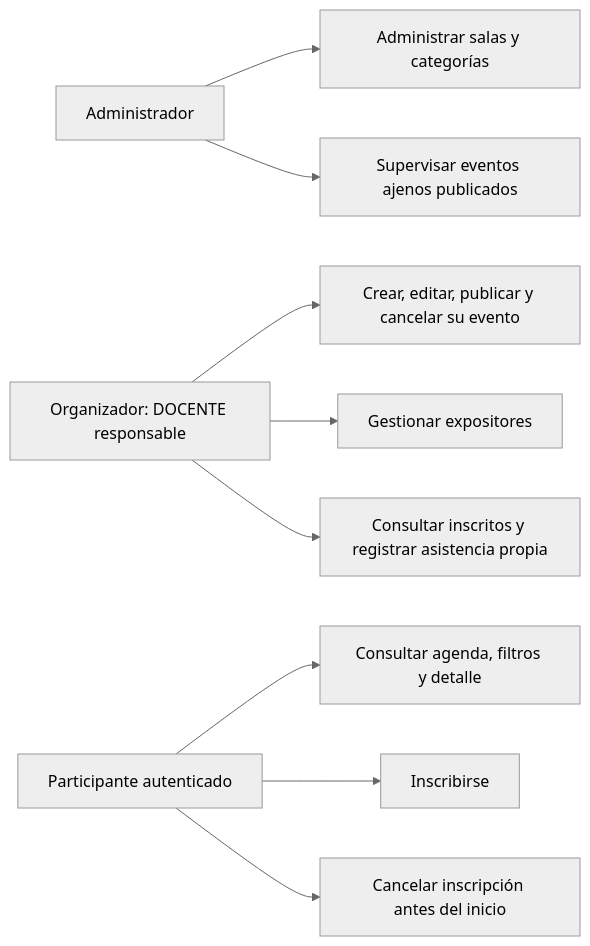
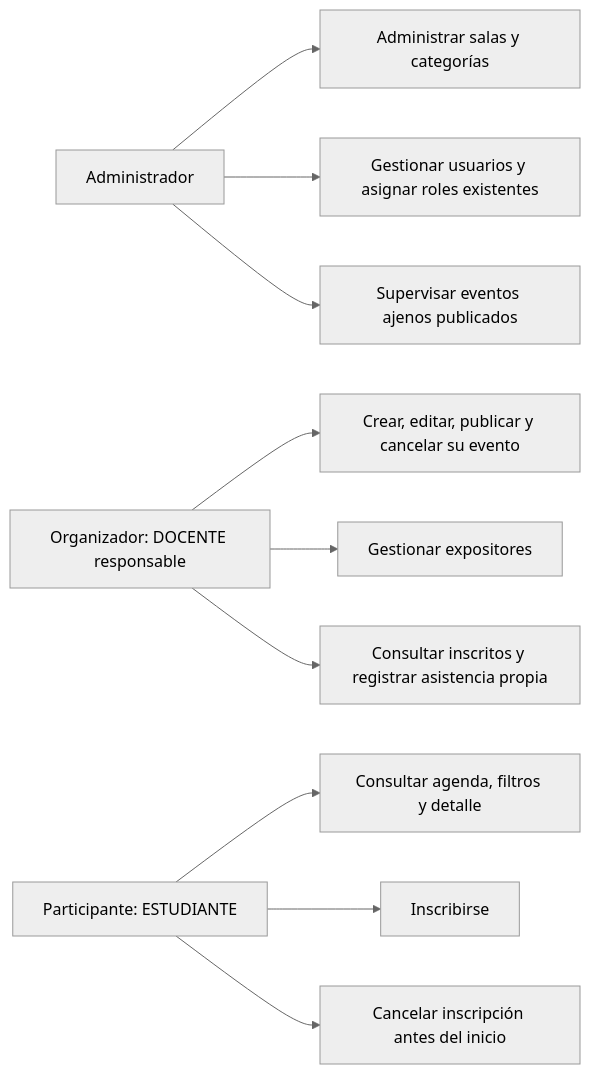
The first of 6 diagrams in docs/entrega/diagramas.md (IS-LAB-EIC-UCN/sigu_ucn), drawn with Mermaid (neutral theme) before and after one commit. The commit also changed 28 other files, not shown here.

````diff
--- a/docs/entrega/diagramas.md
+++ b/docs/entrega/diagramas.md
@@ -7,11 +7,12 @@
 ```mermaid
 flowchart LR
     A[Administrador] --> S[Administrar salas y categorías]
+    A --> U[Gestionar usuarios y asignar roles existentes]
     A --> V[Supervisar eventos ajenos publicados]
     O[Organizador: DOCENTE responsable] --> E[Crear, editar, publicar y cancelar su evento]
     O --> X[Gestionar expositores]
     O --> R[Consultar inscritos y registrar asistencia propia]
-    P[Participante autenticado] --> C[Consultar agenda, filtros y detalle]
+    P[Participante: ESTUDIANTE] --> C[Consultar agenda, filtros y detalle]
     P --> I[Inscribirse]
     P --> N[Cancelar inscripción antes del inicio]
 ```
````
